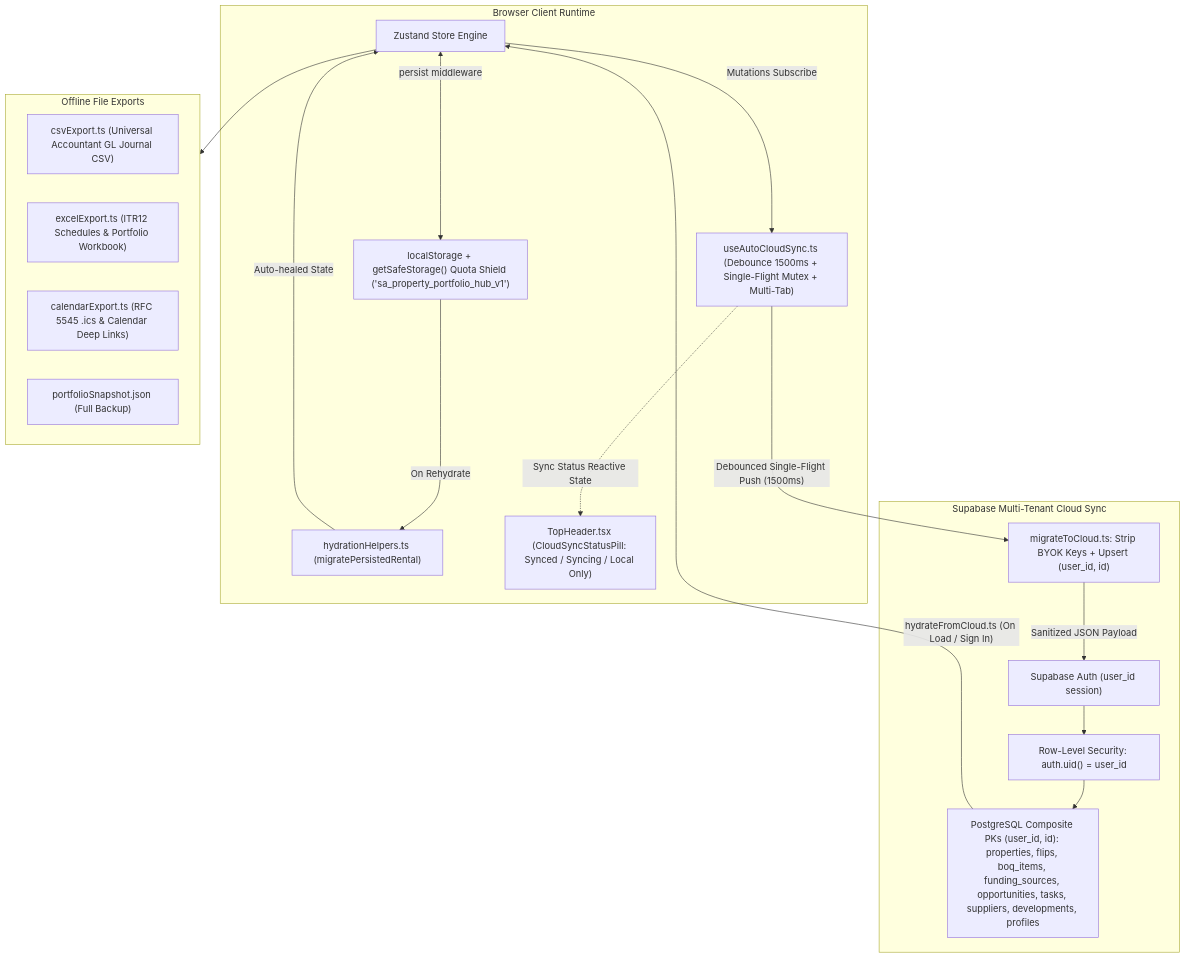
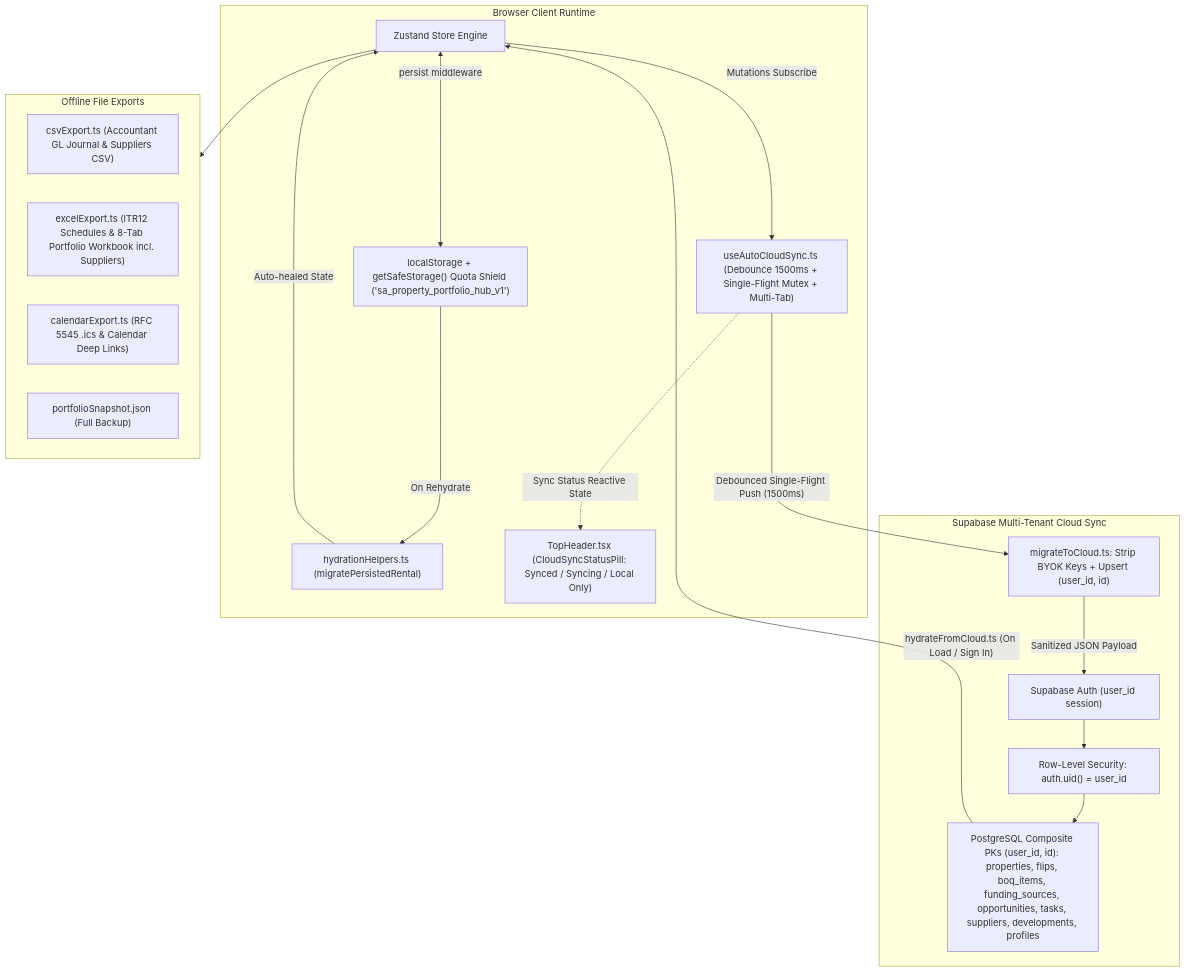
Before and after one commit to morokakk/sa-property-hub: the sixth of 8 diagrams in ARCHITECTURE.md, drawn with Mermaid. The commit also changed other lines of this file and 3 other files, not shown here.

First line of the commit message:
test(suppliers): add SupplierDirectoryModal regression tests and sync changelog/architecture docs

````diff
--- a/ARCHITECTURE.md
+++ b/ARCHITECTURE.md
@@ -378,38 +381,38 @@
 ```mermaid
 flowchart TD
   subgraph ClientRuntime["Browser Client Runtime"]
     ZUSTAND["Zustand Store Engine"]
     LOCAL["localStorage + getSafeStorage() Quota Shield ('sa_property_portfolio_hub_v1')"]
     AUTO_HEAL["hydrationHelpers.ts (migratePersistedRental)"]
     SYNC_HOOK["useAutoCloudSync.ts (Debounce 1500ms + Single-Flight Mutex + Multi-Tab)"]
     PILL["TopHeader.tsx (CloudSyncStatusPill: Synced / Syncing / Local Only)"]
   end
 
   subgraph ExportEngine["Offline File Exports"]
-    CSV_EXP["csvExport.ts (Universal Accountant GL Journal CSV)"]
-    EXCEL_EXP["excelExport.ts (ITR12 Schedules & Portfolio Workbook)"]
+    CSV_EXP["csvExport.ts (Accountant GL Journal & Suppliers CSV)"]
+    EXCEL_EXP["excelExport.ts (ITR12 Schedules & 8-Tab Portfolio Workbook incl. Suppliers)"]
     ICS_EXP["calendarExport.ts (RFC 5545 .ics & Calendar Deep Links)"]
     JSON_SNAP["portfolioSnapshot.json (Full Backup)"]
   end
 
   subgraph CloudSync["Supabase Multi-Tenant Cloud Sync"]
     AUTH["Supabase Auth (user_id session)"]
     RLS["Row-Level Security: auth.uid() = user_id"]
     SANITIZE["migrateToCloud.ts: Strip BYOK Keys + Upsert (user_id, id)"]
     TABLES["PostgreSQL Composite PKs (user_id, id): properties, flips, boq_items, funding_sources, opportunities, tasks, suppliers, developments, profiles"]
   end
 
   ZUSTAND <-->|"persist middleware"| LOCAL
   LOCAL -->|"On Rehydrate"| AUTO_HEAL
   AUTO_HEAL -->|"Auto-healed State"| ZUSTAND
 
   ZUSTAND --> ExportEngine
 
   ZUSTAND -->|"Mutations Subscribe"| SYNC_HOOK
   SYNC_HOOK -->|"Debounced Single-Flight Push (1500ms)"| SANITIZE
   SYNC_HOOK -.->|"Sync Status Reactive State"| PILL
   SANITIZE -->|"Sanitized JSON Payload"| AUTH
   AUTH --> RLS
   RLS --> TABLES
   TABLES -->|"hydrateFromCloud.ts (On Load / Sign In)"| ZUSTAND
 ```
````
